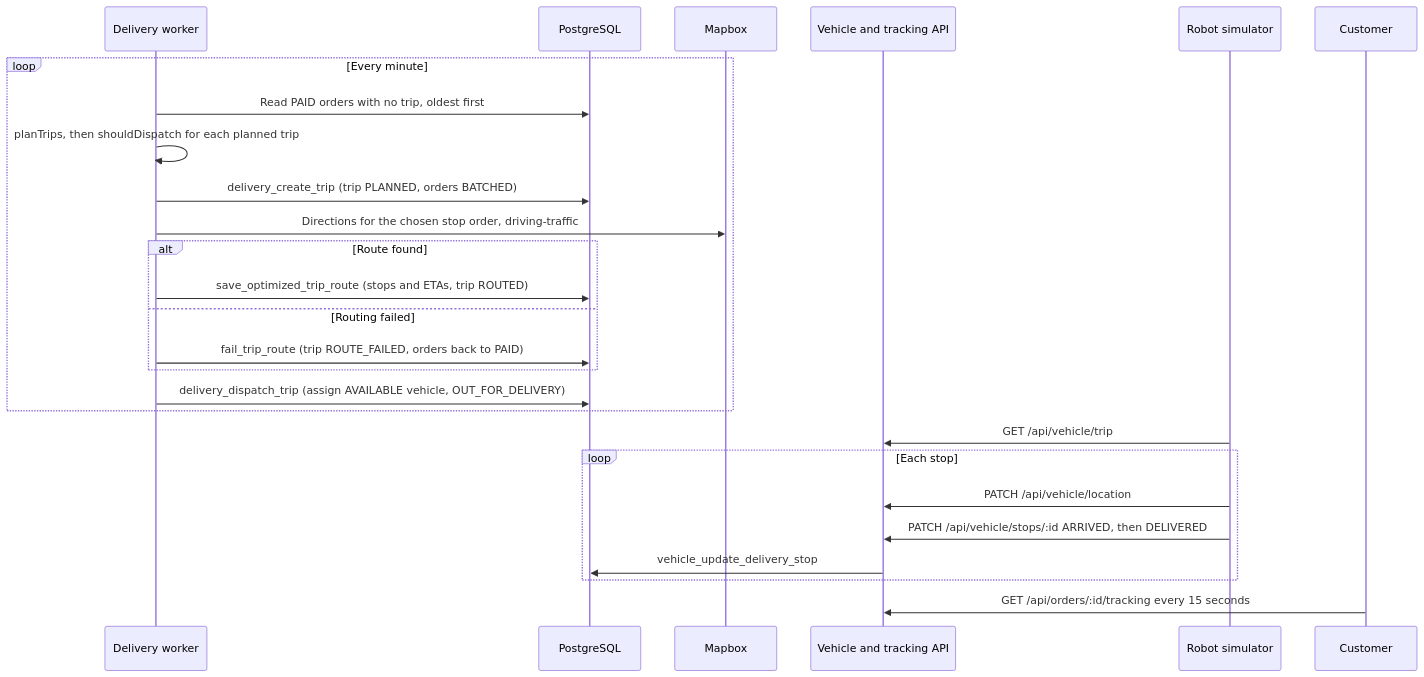
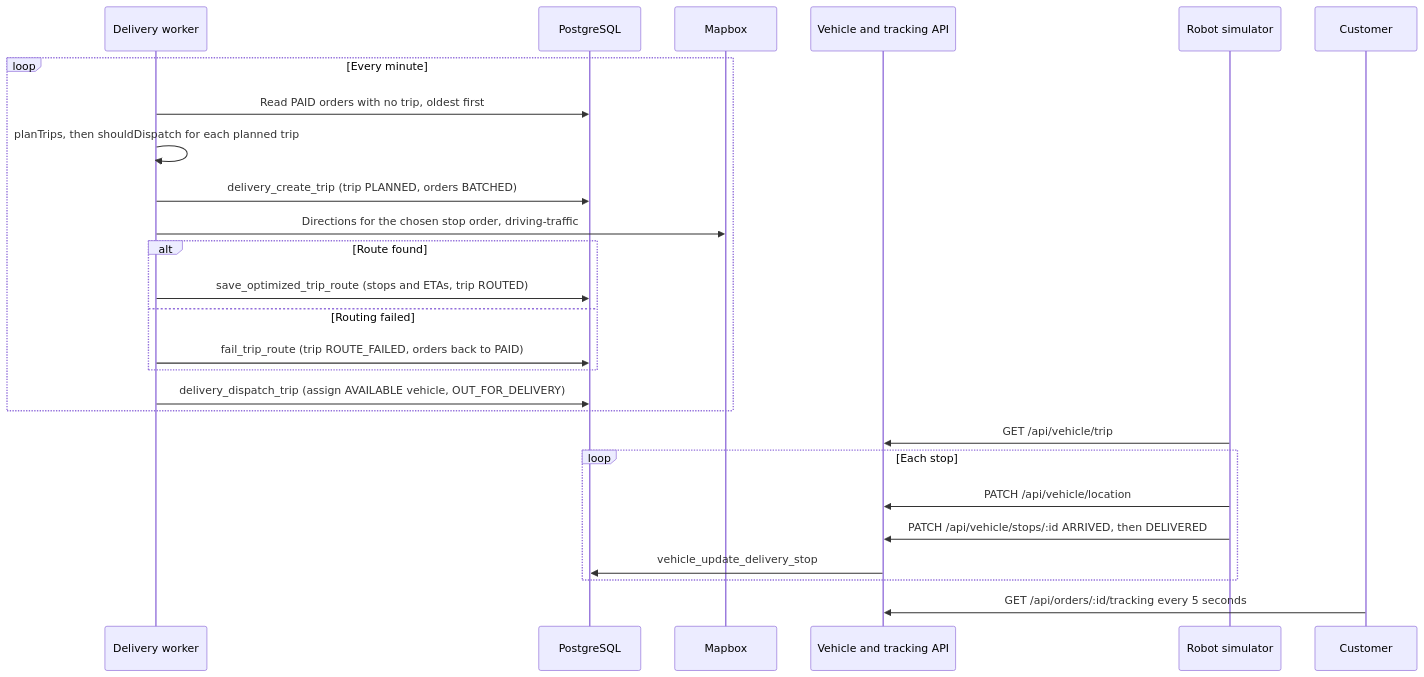
Before and after one commit to RonCodes88/CS160-Team3-OFS: the fourth of 4 diagrams in docs/api-flows.md, drawn with Mermaid. The commit also changed other lines of this file and 6 other files, not shown here.

````diff
--- a/docs/api-flows.md
+++ b/docs/api-flows.md
@@ -118,28 +118,28 @@
 ```mermaid
 sequenceDiagram
     participant W as Delivery worker
     participant DB as PostgreSQL
     participant M as Mapbox
     participant API as Vehicle and tracking API
     participant R as Robot simulator
     participant C as Customer
     loop Every minute
         W->>DB: Read PAID orders with no trip, oldest first
         W->>W: planTrips, then shouldDispatch for each planned trip
         W->>DB: delivery_create_trip (trip PLANNED, orders BATCHED)
         W->>M: Directions for the chosen stop order, driving-traffic
         alt Route found
             W->>DB: save_optimized_trip_route (stops and ETAs, trip ROUTED)
         else Routing failed
             W->>DB: fail_trip_route (trip ROUTE_FAILED, orders back to PAID)
         end
         W->>DB: delivery_dispatch_trip (assign AVAILABLE vehicle, OUT_FOR_DELIVERY)
     end
     R->>API: GET /api/vehicle/trip
     loop Each stop
         R->>API: PATCH /api/vehicle/location
         R->>API: PATCH /api/vehicle/stops/:id ARRIVED, then DELIVERED
         API->>DB: vehicle_update_delivery_stop
     end
-    C->>API: GET /api/orders/:id/tracking every 15 seconds
+    C->>API: GET /api/orders/:id/tracking every 5 seconds
 ```
````
